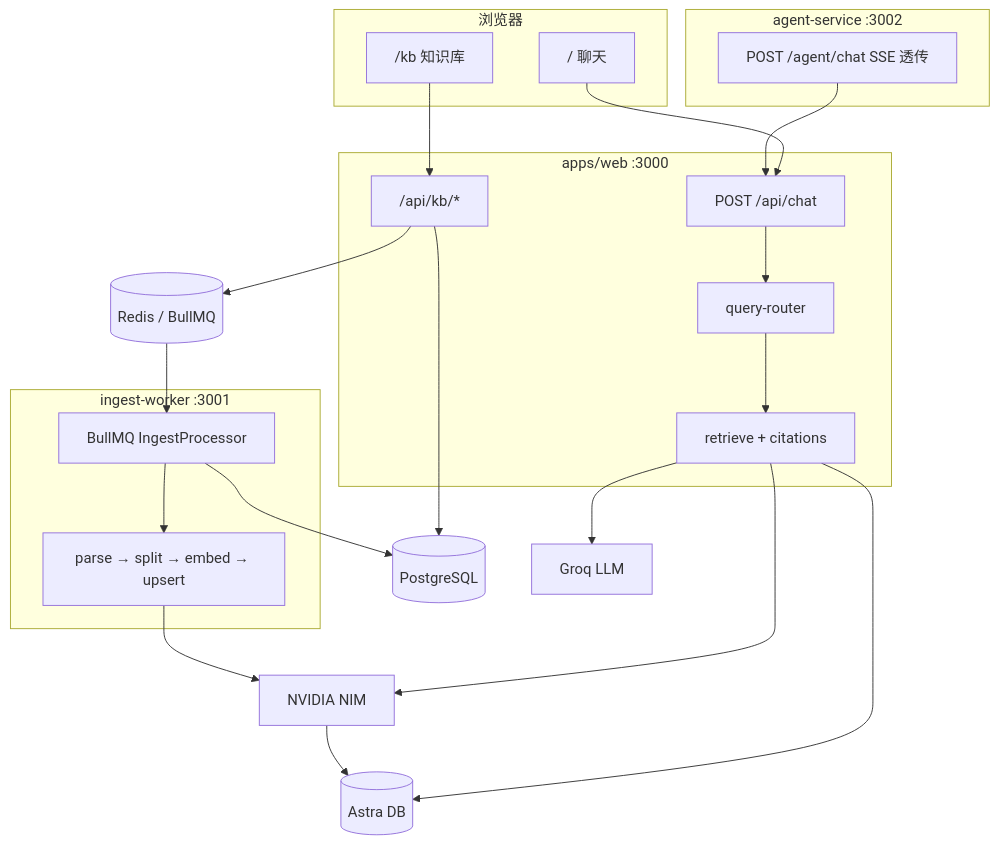
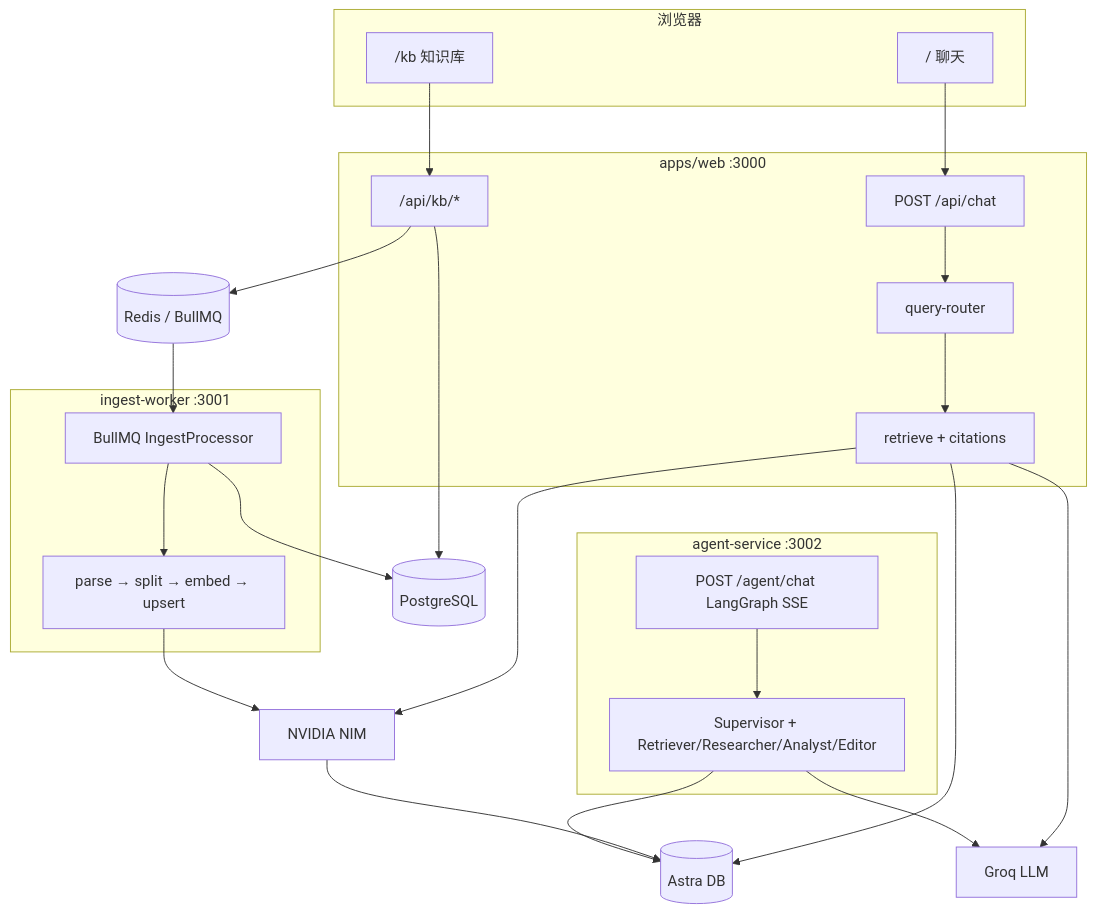
The diagram in README.md (moyunzero/personal-gpt), drawn with Mermaid before and after one commit. The commit also changed other lines of this file and 45 other files, not shown here.

````diff
--- a/README.md
+++ b/README.md
@@ -25,41 +25,44 @@
 ```mermaid
 flowchart TB
   subgraph Client["浏览器"]
     Chat["/ 聊天"]
     KB["/kb 知识库"]
   end
 
   subgraph Web["apps/web :3000"]
     ChatAPI["POST /api/chat"]
     KbAPI["/api/kb/*"]
     Router["query-router"]
     Retrieve["retrieve + citations"]
   end
 
   subgraph Worker["ingest-worker :3001"]
     Proc["BullMQ IngestProcessor"]
     Pipe["parse → split → embed → upsert"]
   end
 
   subgraph Agent["agent-service :3002"]
-    Proxy["POST /agent/chat SSE 透传"]
+    AgentSSE["POST /agent/chat LangGraph SSE"]
+    Super["Supervisor + Retriever/Researcher/Analyst/Editor"]
   end
 
   PG[(PostgreSQL)]
   Redis[(Redis / BullMQ)]
   Astra[(Astra DB)]
   Groq[Groq LLM]
   NIM[NVIDIA NIM]
 
   Chat --> ChatAPI
   KB --> KbAPI
   ChatAPI --> Router --> Retrieve
   Retrieve --> NIM
   Retrieve --> Astra
   Retrieve --> Groq
   KbAPI --> PG
   KbAPI --> Redis --> Proc --> Pipe
   Pipe --> NIM --> Astra
   Proc --> PG
-  Proxy --> ChatAPI
+  AgentSSE --> Super
+  Super --> Astra
+  Super --> Groq
 ```
````
